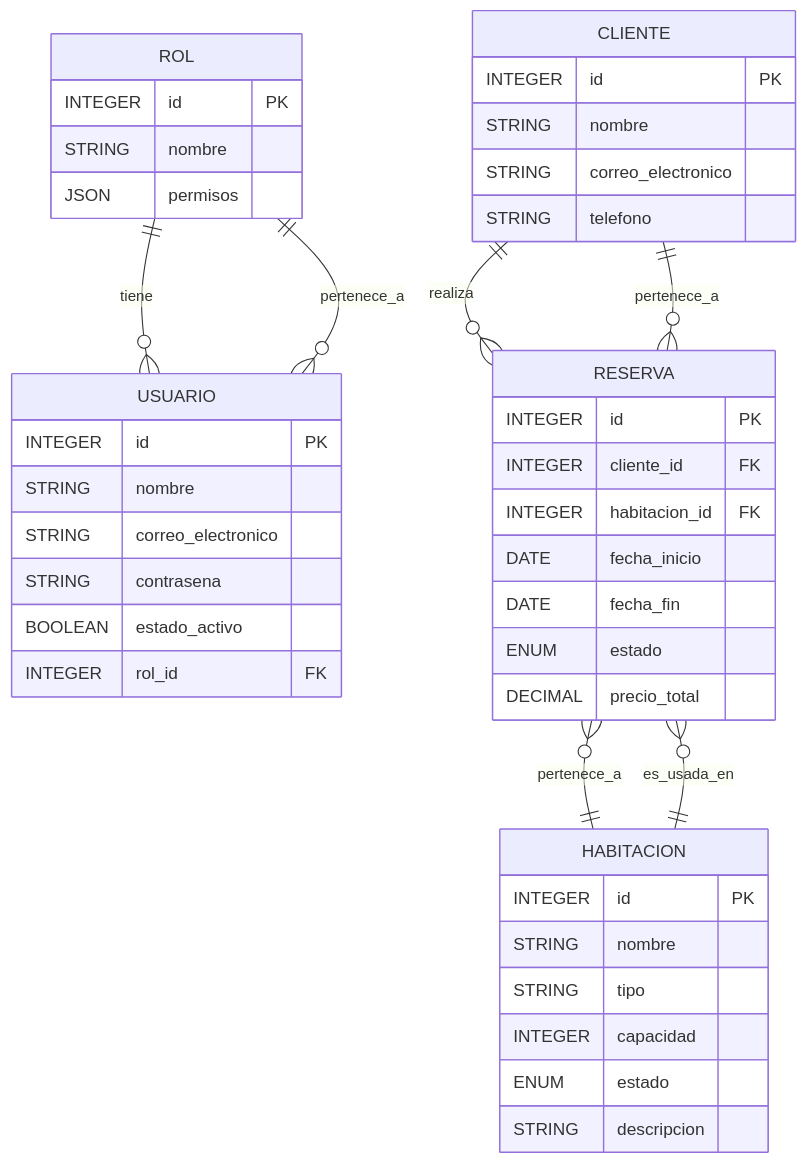
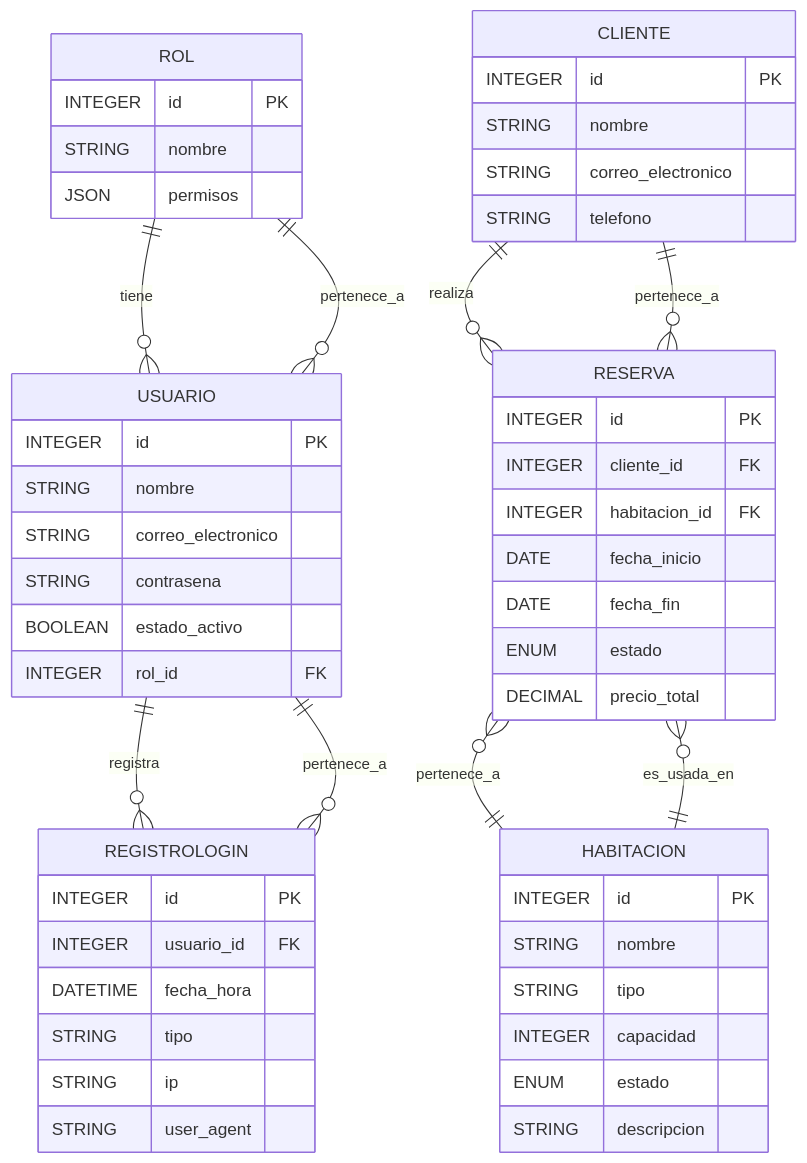
Before and after one commit to DORIUM-pro/Plataforma_web_FD: the diagram in docs/diagrama_erd_glamping.mmd, drawn with Mermaid. The commit also changed 20 other files, not shown here.

Commit message:
Actualización mayor: integración de bitácora de accesos, solución de variables de entorno, envío de correos con Nodemailer, mejoras en autenticación y registro, actualización de dependencias y documentación (bitácora, dependencias, ERD y modelo de datos).

```diff
--- a/docs/diagrama_erd_glamping.mmd
+++ b/docs/diagrama_erd_glamping.mmd
@@ -1,45 +1,55 @@
 erDiagram
 
   ROL {
     INTEGER id PK
     STRING nombre
     JSON permisos
   }
   USUARIO {
     INTEGER id PK
     STRING nombre
     STRING correo_electronico
     STRING contrasena
     BOOLEAN estado_activo
     INTEGER rol_id FK
   }
   CLIENTE {
     INTEGER id PK
     STRING nombre
     STRING correo_electronico
     STRING telefono
   }
   HABITACION {
     INTEGER id PK
     STRING nombre
     STRING tipo
     INTEGER capacidad
     ENUM estado
     STRING descripcion
   }
   RESERVA {
     INTEGER id PK
     INTEGER cliente_id FK
     INTEGER habitacion_id FK
     DATE fecha_inicio
     DATE fecha_fin
     ENUM estado
     DECIMAL precio_total
   }
+  REGISTROLOGIN {
+    INTEGER id PK
+    INTEGER usuario_id FK
+    DATETIME fecha_hora
+    STRING tipo
+    STRING ip
+    STRING user_agent
+  }
 
   ROL ||--o{ USUARIO : tiene
   USUARIO }o--|| ROL : pertenece_a
   CLIENTE ||--o{ RESERVA : "realiza"
   RESERVA }o--|| CLIENTE : "pertenece_a"
   HABITACION ||--o{ RESERVA : "es_usada_en"
   RESERVA }o--|| HABITACION : "pertenece_a"
+  USUARIO ||--o{ REGISTROLOGIN : "registra"
+  REGISTROLOGIN }o--|| USUARIO : "pertenece_a"
```
